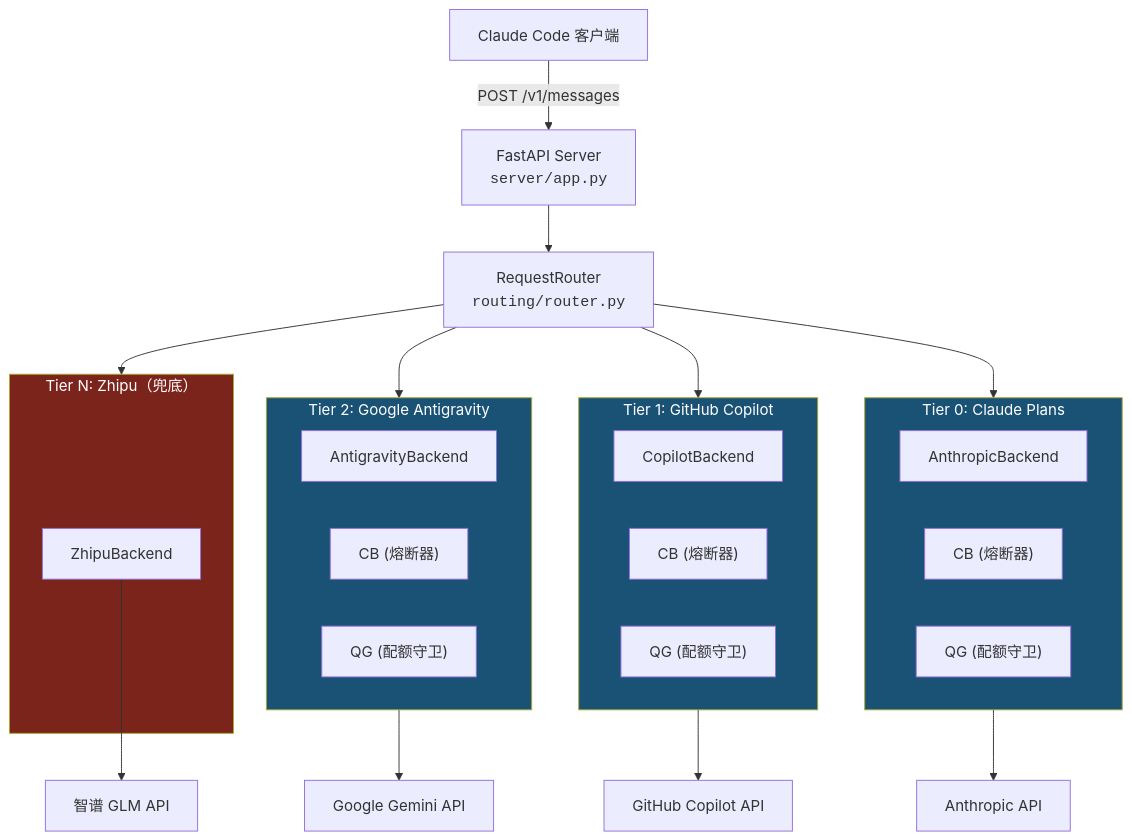
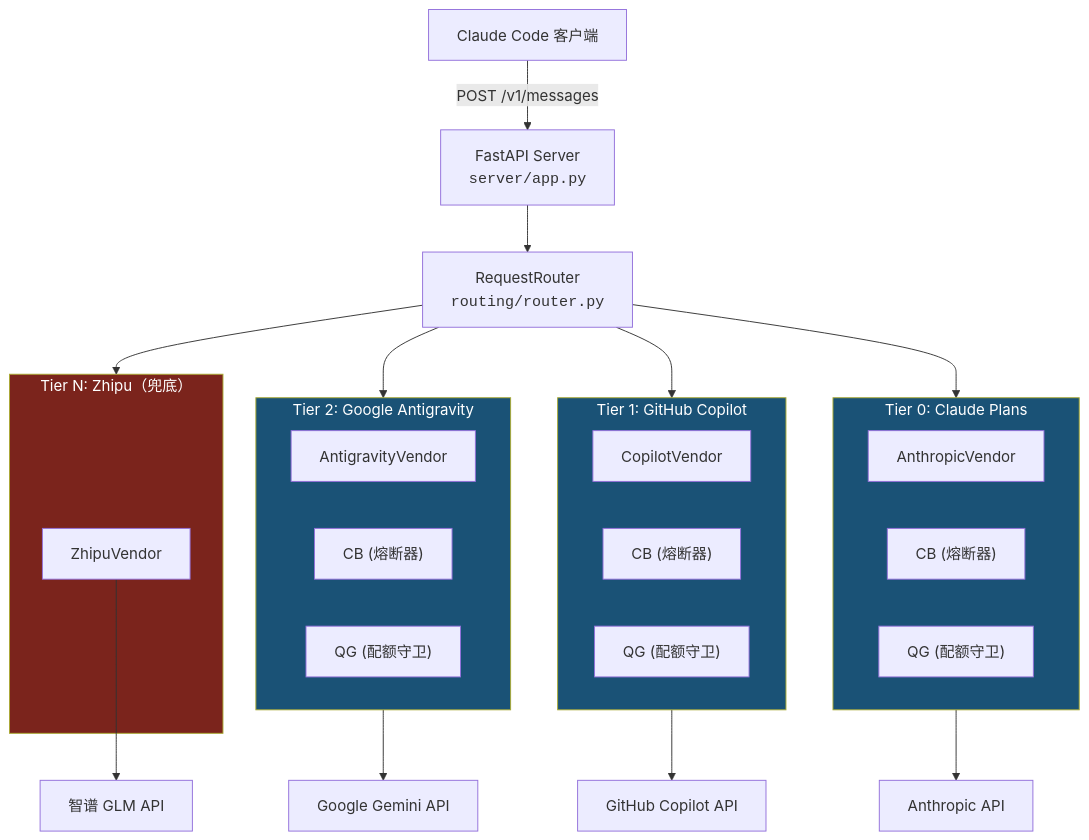
Before and after one commit to ThreeFish-AI/coding-proxy: the diagram in docs/zh-CN/README.md, drawn with Mermaid. The commit also changed other lines of this file and 53 other files, not shown here.

````diff
--- a/docs/zh-CN/README.md
+++ b/docs/zh-CN/README.md
@@ -93,49 +93,49 @@
 ```mermaid
 graph TD
     Client["Claude Code 客户端"]
     Server["FastAPI Server<br/><code>server/app.py</code>"]
     Router["RequestRouter<br/><code>routing/router.py</code>"]
 
     Client -->|"POST /v1/messages"| Server
     Server --> Router
 
     Router --> T0
     Router --> T1
     Router --> T2
     Router --> TN
 
     subgraph T0["Tier 0: Claude Plans"]
         direction LR
-        A_BE["AnthropicBackend"]
+        A_VE["AnthropicVendor"]
         A_CB["CB (熔断器)"]
         A_QG["QG (配额守卫)"]
     end
 
     subgraph T1["Tier 1: GitHub Copilot"]
         direction LR
-        C_BE["CopilotBackend"]
+        C_VE["CopilotVendor"]
         C_CB["CB (熔断器)"]
         C_QG["QG (配额守卫)"]
     end
 
     subgraph T2["Tier 2: Google Antigravity"]
         direction LR
-        G_BE["AntigravityBackend"]
+        G_VE["AntigravityVendor"]
         G_CB["CB (熔断器)"]
         G_QG["QG (配额守卫)"]
     end
 
     subgraph TN["Tier N: Zhipu（兜底）"]
-        Z_BE["ZhipuBackend"]
+        Z_VE["ZhipuVendor"]
     end
 
-    A_BE --> API_A["Anthropic API"]
-    C_BE --> API_C["GitHub Copilot API"]
-    G_BE --> API_G["Google Gemini API"]
-    Z_BE --> API_Z["智谱 GLM API"]
+    A_VE --> API_A["Anthropic API"]
+    C_VE --> API_C["GitHub Copilot API"]
+    G_VE --> API_G["Google Gemini API"]
+    Z_VE --> API_Z["智谱 GLM API"]
 
     style T0 fill:#1a5276,color:#fff
     style T1 fill:#1a5276,color:#fff
     style T2 fill:#1a5276,color:#fff
     style TN fill:#7b241c,color:#fff
 ```
````
